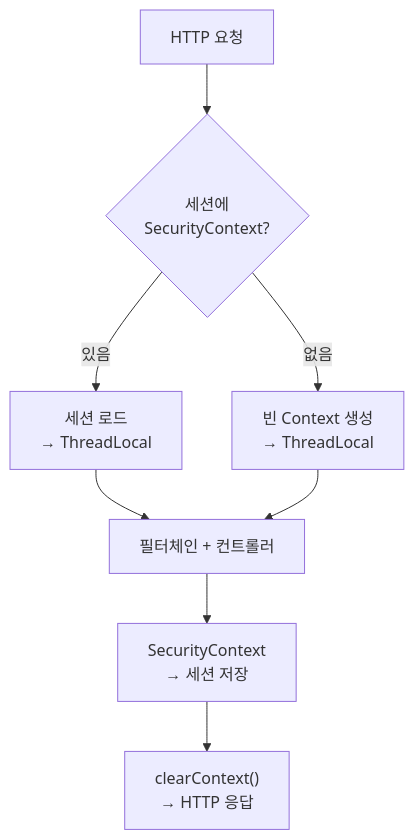
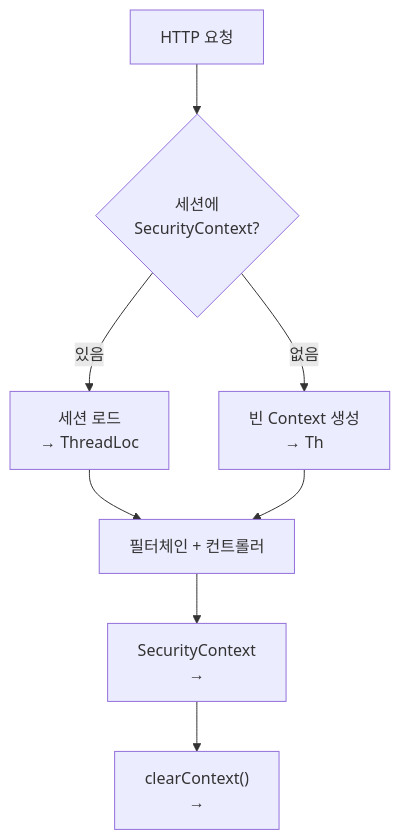
One commit to yjkim2015/yjkim2015.github.io changed the first of 5 diagrams in _posts/security/2021-05-26-SecurityContextPersistentFilter.md. Above: the diagram before and after it, drawn with Mermaid. The commit also changed other lines of this file and 271 other files, not shown here.

First line of the commit message:
Mermaid 라벨 축소: 긴 노드 텍스트 18자 이하로 트림 + \n 제거

````diff
--- a/_posts/security/2021-05-26-SecurityContextPersistentFilter.md
+++ b/_posts/security/2021-05-26-SecurityContextPersistentFilter.md
@@ -22,9 +22,9 @@
 ```mermaid
 flowchart TD
     A["HTTP 요청"] --> B{"세션에\nSecurityContext?"}
-    B -- "있음" --> C["세션 로드\n→ ThreadLocal"]
-    B -- "없음" --> D["빈 Context 생성\n→ ThreadLocal"]
+    B -- "있음" --> C["세션 로드\n→ ThreadLoc"]
+    B -- "없음" --> D["빈 Context 생성\n→ Th"]
     C & D --> E["필터체인 + 컨트롤러"]
-    E --> F["SecurityContext\n→ 세션 저장"]
-    F --> G["clearContext()\n→ HTTP 응답"]
+    E --> F["SecurityContext\n→"]
+    F --> G["clearContext()\n→"]
 ```
````
